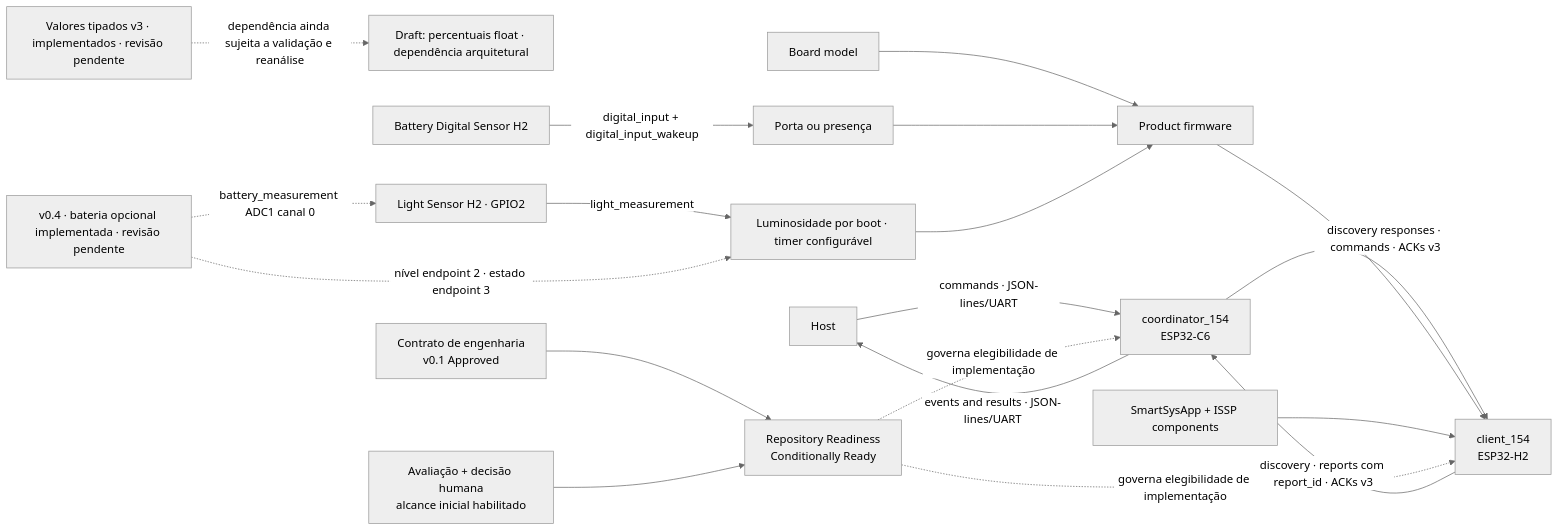
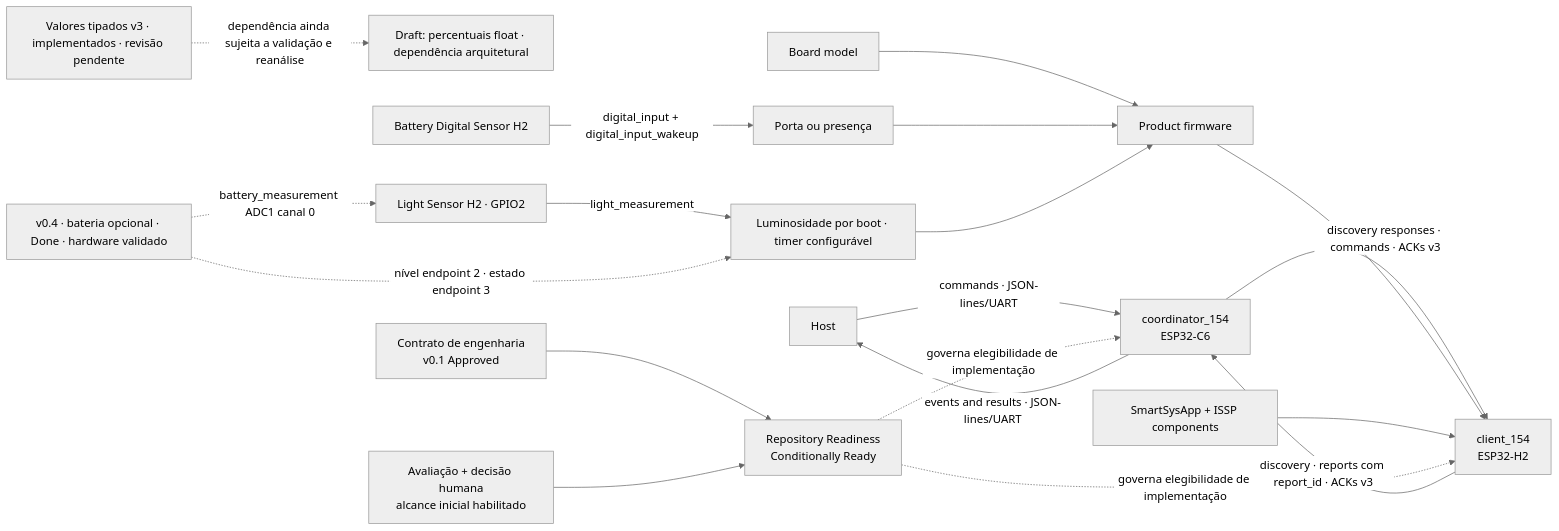
Before and after one commit to iotsmartsys/IoTSmartLink15.4: the diagram in docs/rfc/KNOWLEDGE-MAP.md, drawn with Mermaid (neutral theme). The commit also changed other lines of this file and 3 other files, not shown here.

Commit message:
docs: close light sensor v0.4 after hardware validation

````diff
--- a/docs/rfc/KNOWLEDGE-MAP.md
+++ b/docs/rfc/KNOWLEDGE-MAP.md
@@ -112,21 +112,21 @@
 ```mermaid
 flowchart LR
     TypedDraft["Valores tipados v3 · implementados · revisão pendente"] -.->|"dependência ainda sujeita a validação e reanálise"| FractionDraft["Draft: percentuais float · dependência arquitetural"]
     Host["Host"] -->|"commands · JSON-lines/UART"| Coordinator["coordinator_154<br/>ESP32-C6"]
     Coordinator -->|"events and results · JSON-lines/UART"| Host
     Coordinator -->|"discovery responses · commands · ACKs v3"| Client["client_154<br/>ESP32-H2"]
     Client -->|"discovery · reports com report_id · ACKs v3"| Coordinator
     Product["Product firmware"] --> Client
     Board["Board model"] --> Product
     DigitalBoard["Battery Digital Sensor H2"] -->|"digital_input + digital_input_wakeup"| BatteryProducts["Porta ou presença"]
     BatteryProducts --> Product
     LightBoard["Light Sensor H2 · GPIO2"] -->|"light_measurement"| LightProduct["Luminosidade por boot · timer configurável"]
-    LightBatterySpec["v0.4 · bateria opcional implementada · revisão pendente"] -.->|"battery_measurement ADC1 canal 0"| LightBoard
+    LightBatterySpec["v0.4 · bateria opcional · Done · hardware validado"] -.->|"battery_measurement ADC1 canal 0"| LightBoard
     LightBatterySpec -.->|"nível endpoint 2 · estado endpoint 3"| LightProduct
     LightProduct --> Product
     Shared["SmartSysApp + ISSP components"] --> Client
     Contract["Contrato de engenharia<br/>v0.1 Approved"] --> Qualification["Repository Readiness<br/>Conditionally Ready"]
     Assessment["Avaliação + decisão humana<br/>alcance inicial habilitado"] --> Qualification
     Qualification -.->|"governa elegibilidade de implementação"| Client
     Qualification -.->|"governa elegibilidade de implementação"| Coordinator
 ```
````
